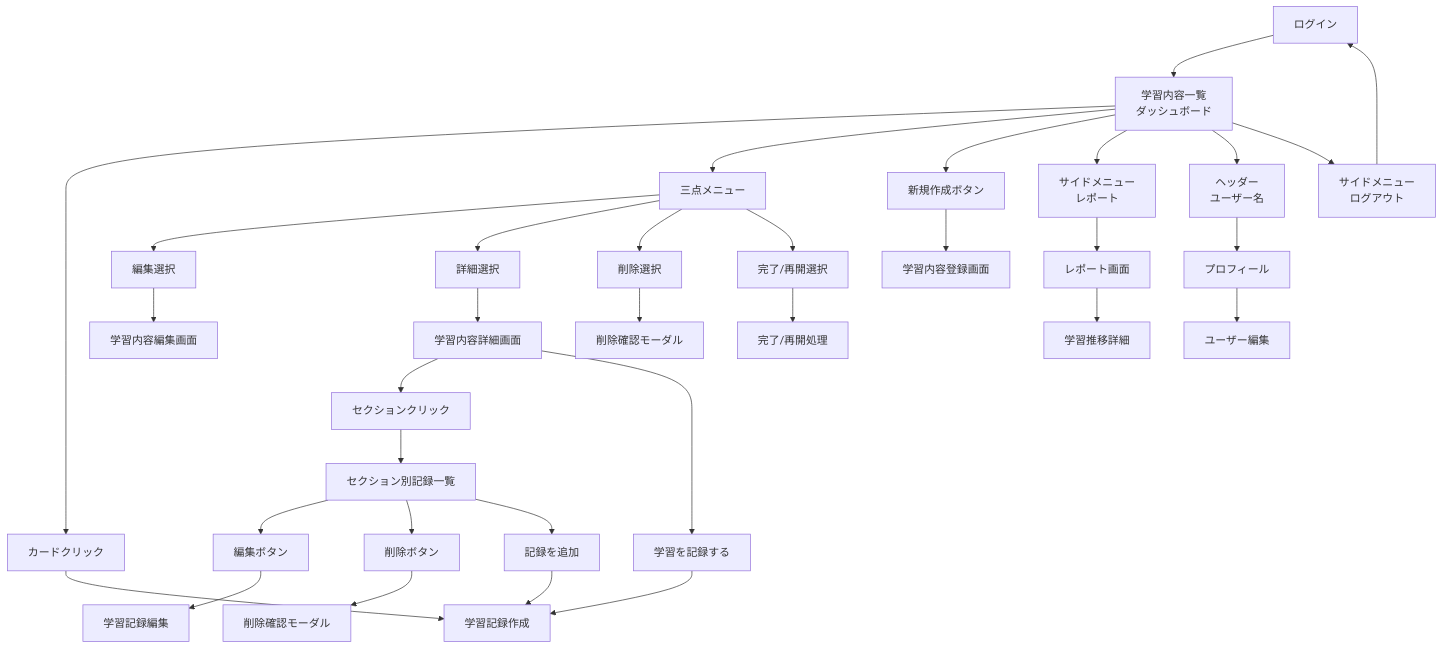
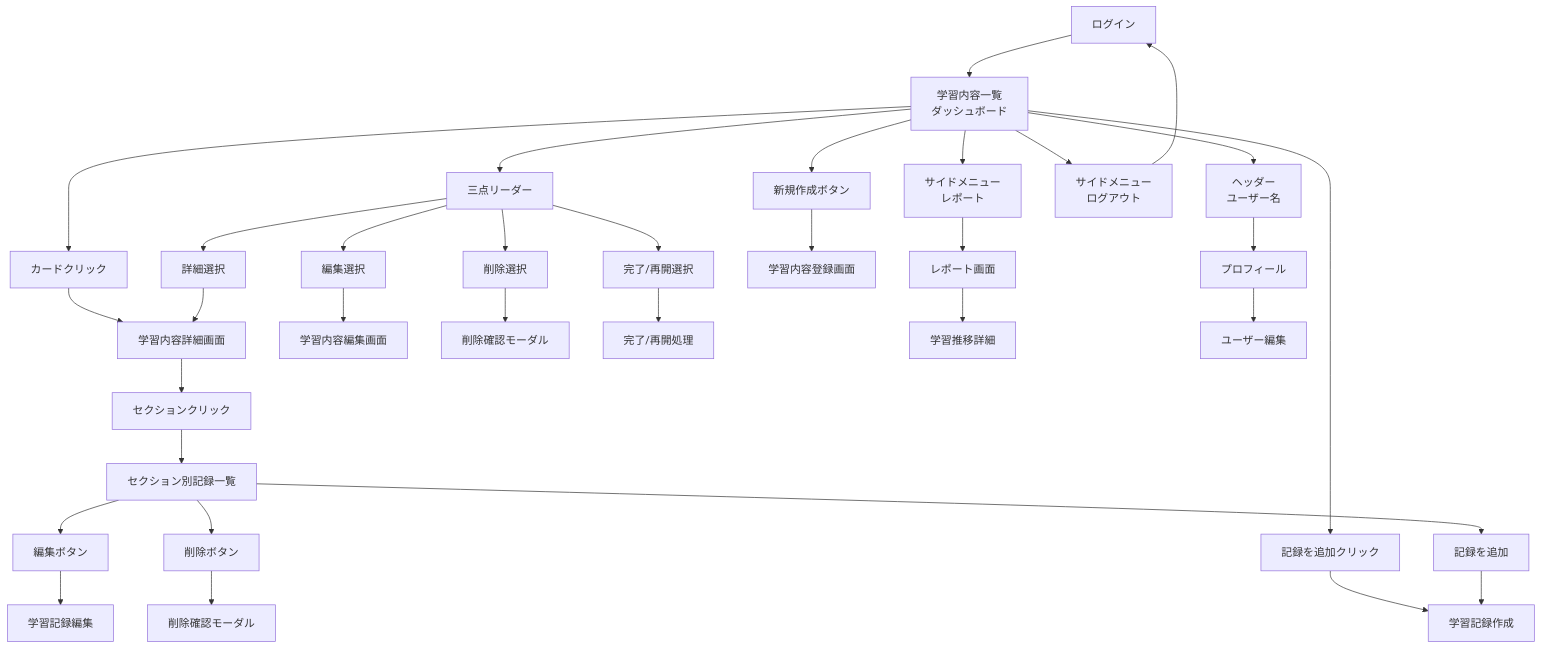
Before and after one commit to SHUN5872698/learn-track-pro: the second of 2 diagrams in .gemini/docs/designs/簡易設計&画面フロー.md, drawn with Mermaid. The commit also changed other lines of this file and 3 other files, not shown here.

````diff
--- a/.gemini/docs/designs/簡易設計&画面フロー.md
+++ b/.gemini/docs/designs/簡易設計&画面フロー.md
@@ -683,53 +693,53 @@
 ```mermaid
 flowchart TD
     A[ログイン] --> B[学習内容一覧<br/>ダッシュボード]
 
     %% 学習内容管理
     B --> C[カードクリック]
-    C --> REC[学習記録作成]
+    C --> D[学習内容詳細画面]
 
-    B --> T[三点メニュー]
+    B --> ADDREC[記録を追加クリック]
+    ADDREC --> REC[学習記録作成]
+
+    B --> T[三点リーダー]
     T --> ED[編集選択]
     T --> DE[詳細選択]
     T --> DL[削除選択]
     T --> CO[完了/再開選択]
 
     ED --> G[学習内容編集画面]
-    DE --> D[学習内容詳細画面]
+    DE --> D
     DL --> DC[削除確認モーダル]
     CO --> CS[完了/再開処理]
 
     B --> O[新規作成ボタン]
     O --> F[学習内容登録画面]
 
     %% 詳細画面からの遷移
     D --> SEC[セクションクリック]
     SEC --> RLIST[セクション別記録一覧]
 
     RLIST --> REDIT[編集ボタン]
     REDIT --> REDITED[学習記録編集]
 
     RLIST --> RDEL[削除ボタン]
     RDEL --> RDELCONF[削除確認モーダル]
 
     RLIST --> RADD[記録を追加]
     RADD --> REC
 
-    D --> DREC[学習を記録する]
-    DREC --> REC
-
     %% レポート関連
     B --> NAV_REPORT[サイドメニュー<br/>レポート]
     NAV_REPORT --> I[レポート画面]
     I --> J[学習推移詳細]
 
     %% ユーザー管理
     B --> USER[ヘッダー<br/>ユーザー名]
     USER --> M[プロフィール]
     M --> N[ユーザー編集]
 
     %% ログアウト
     B --> LOGOUT[サイドメニュー<br/>ログアウト]
     LOGOUT --> A
 
 ```
````
